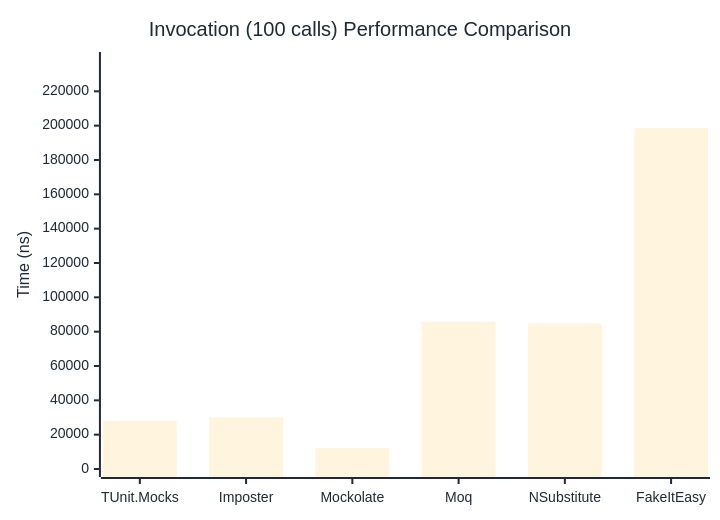
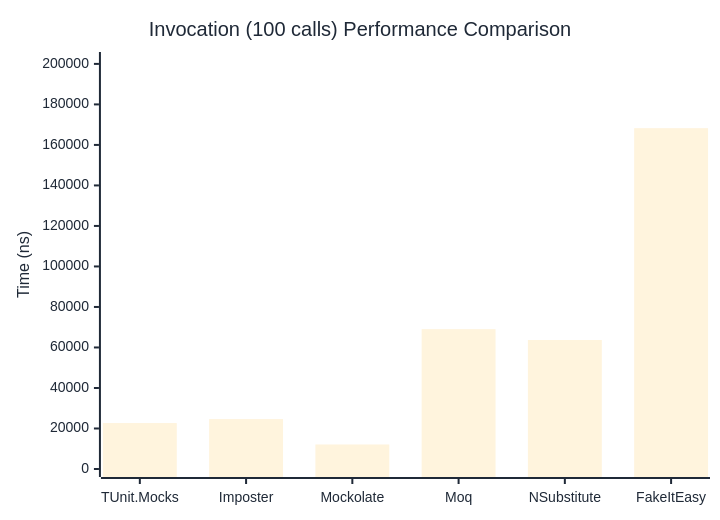
One commit to thomhurst/TUnit changed the third of 3 diagrams in docs/docs/benchmarks/mocks/Invocation.md. Above: the diagram before and after it, drawn with Mermaid. The commit also changed other lines of this file and 14 other files, not shown here.

````diff
--- a/docs/docs/benchmarks/mocks/Invocation.md
+++ b/docs/docs/benchmarks/mocks/Invocation.md
@@ -112,27 +112,27 @@
 ```mermaid
 %%{init: {
   'theme':'base',
   'themeVariables': {
     'primaryColor': '#2563eb',
     'primaryTextColor': '#1f2937',
     'primaryBorderColor': '#1e40af',
     'lineColor': '#6b7280',
     'secondaryColor': '#7c3aed',
     'tertiaryColor': '#dc2626',
     'background': '#ffffff',
     'pie1': '#2563eb',
     'pie2': '#7c3aed',
     'pie3': '#dc2626',
     'pie4': '#f59e0b',
     'pie5': '#10b981',
     'pie6': '#06b6d4',
     'pie7': '#ec4899',
     'pie8': '#6366f1'
   }
 }}%%
 xychart-beta
   title "Invocation (100 calls) Performance Comparison"
   x-axis ["TUnit.Mocks", "Imposter", "Mockolate", "Moq", "NSubstitute", "FakeItEasy"]
-  y-axis "Time (ns)" 0 --> 238247
-  bar [28075.3, 30043.1, 12232.2, 85801.2, 84752.3, 198538.8]
+  y-axis "Time (ns)" 0 --> 201924
+  bar [22682, 24648.6, 12109.3, 69056.1, 63685.5, 168269.6]
 ```
````
